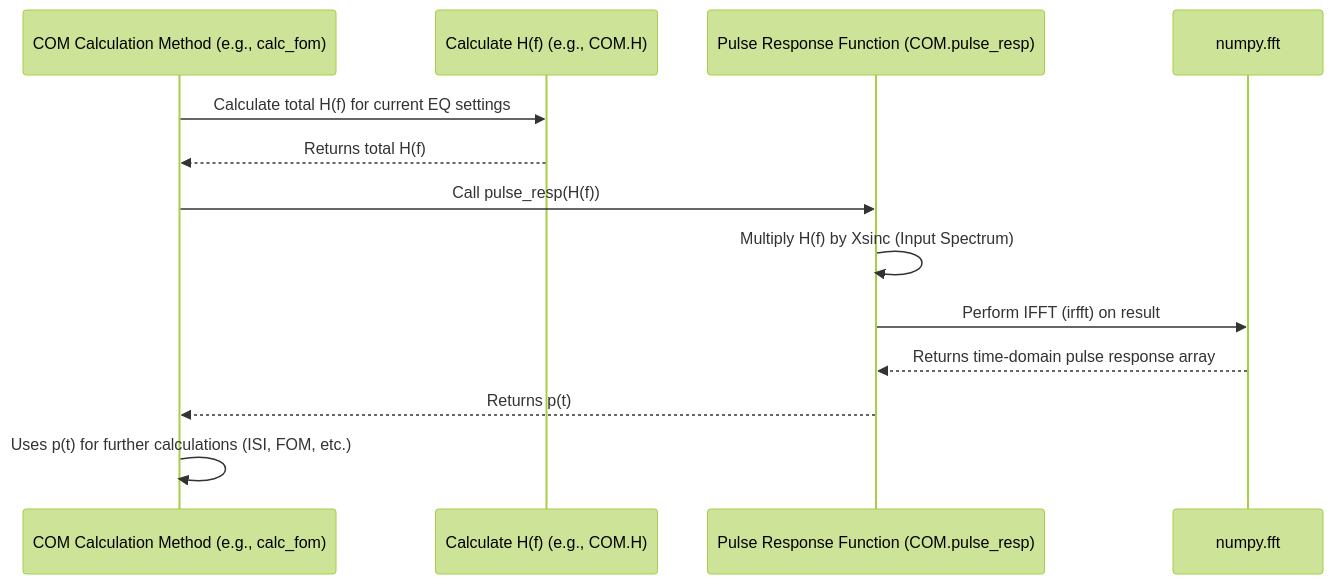
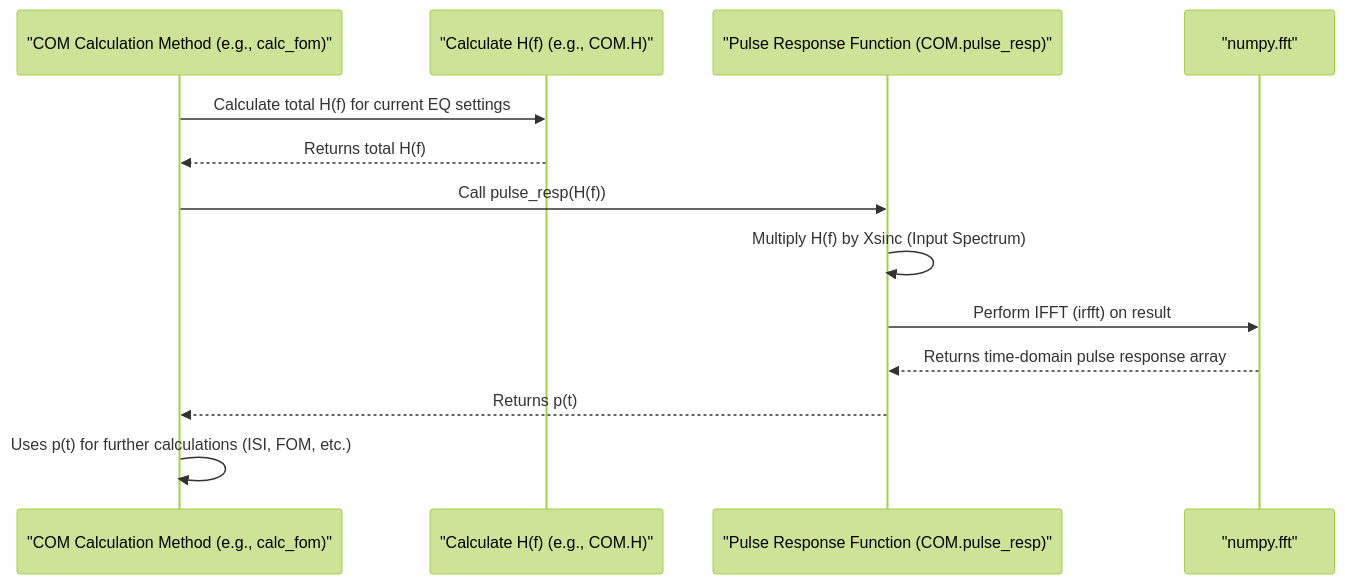
The diagram in output/PyChOpMarg/05_pulse_response_generation_.md (jueshi/PocketFlow-Tutorial-Codebase-Knowledge), drawn with Mermaid (forest theme) before and after one commit. The commit also changed 282 other files, not shown here.

````diff
--- a/output/PyChOpMarg/05_pulse_response_generation_.md
+++ b/output/PyChOpMarg/05_pulse_response_generation_.md
@@ -96,16 +96,16 @@
 ```mermaid
 sequenceDiagram
-    participant COM_Instance as COM Calculation Method (e.g., calc_fom)
-    participant H_Calc as Calculate H(f) (e.g., COM.H)
-    participant PR_Func as Pulse Response Function (COM.pulse_resp)
-    participant NumPyFFT as numpy.fft
+    participant COM_Instance as "COM Calculation Method (e.g., calc_fom)"
+    participant H_Calc as "Calculate H(f) (e.g., COM.H)"
+    participant PR_Func as "Pulse Response Function (COM.pulse_resp)"
+    participant NumPyFFT as "numpy.fft"
 
     COM_Instance->>H_Calc: Calculate total H(f) for current EQ settings
     H_Calc-->>COM_Instance: Returns total H(f)
     COM_Instance->>PR_Func: Call pulse_resp(H(f))
     PR_Func->>PR_Func: Multiply H(f) by Xsinc (Input Spectrum)
     PR_Func->>NumPyFFT: Perform IFFT (irfft) on result
     NumPyFFT-->>PR_Func: Returns time-domain pulse response array
     PR_Func-->>COM_Instance: Returns p(t)
     COM_Instance->>COM_Instance: Uses p(t) for further calculations (ISI, FOM, etc.)
 ```
````
